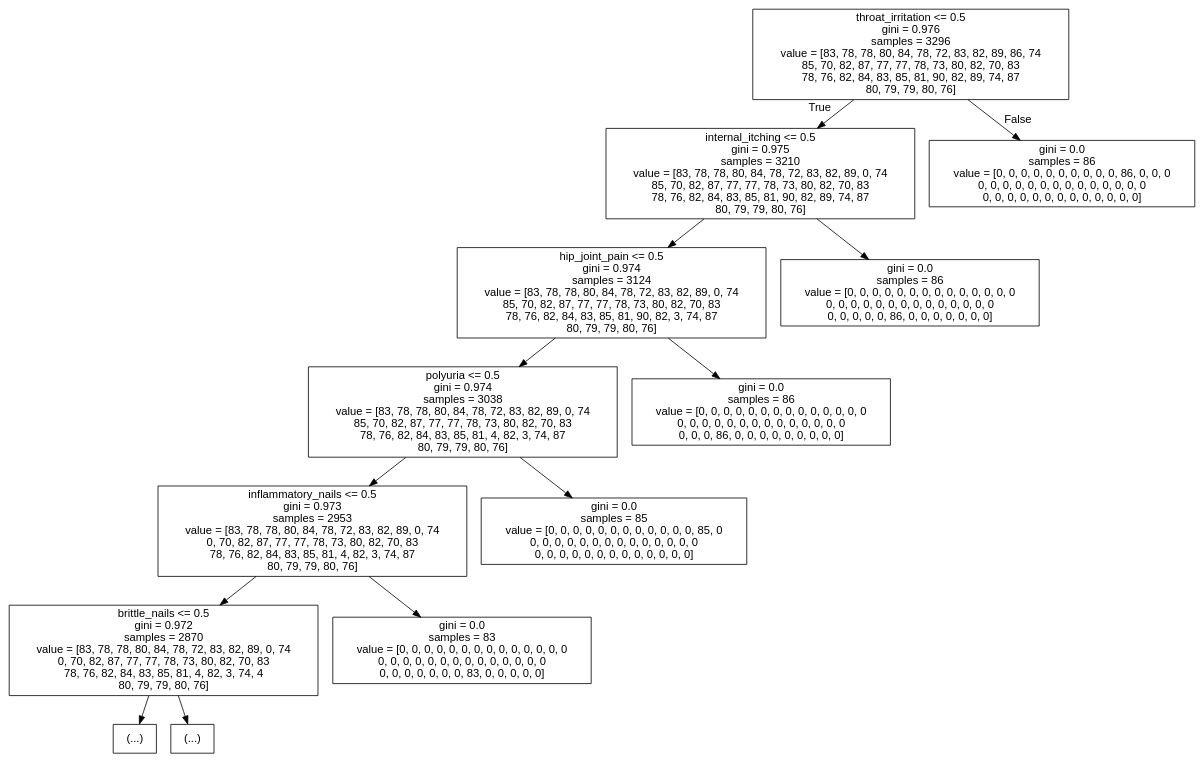
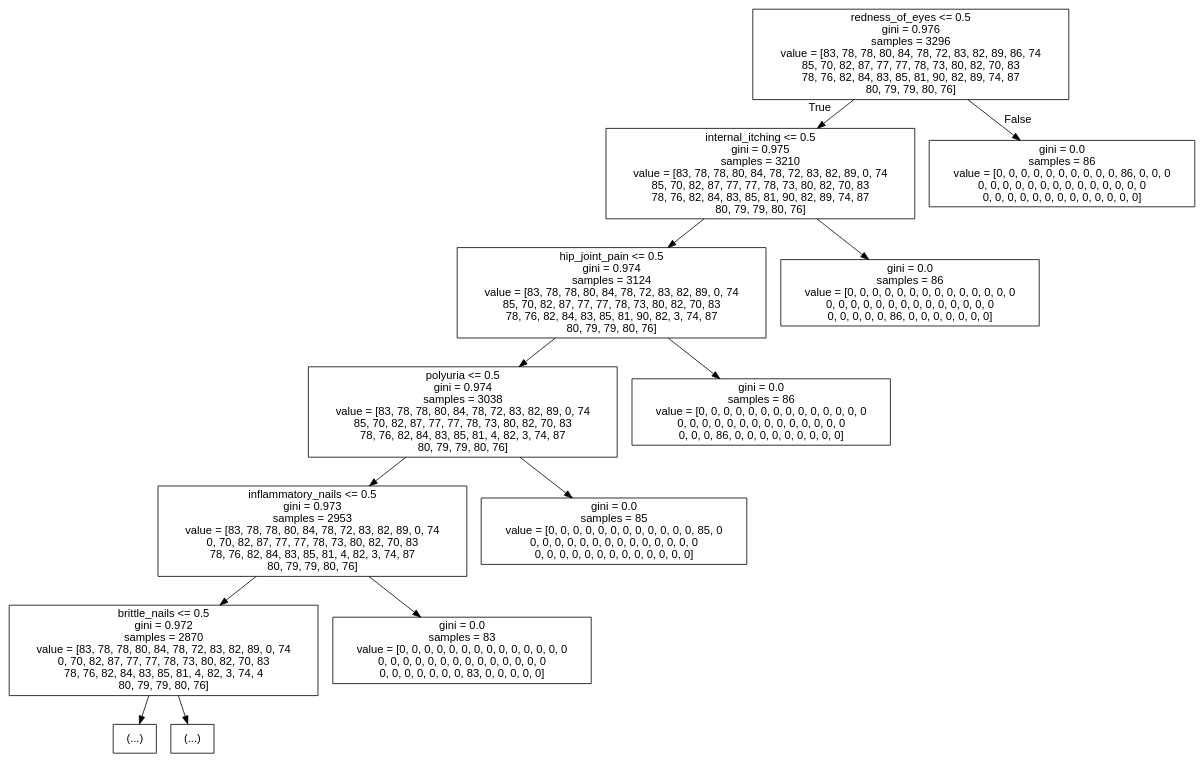
Before and after one commit to techcodebhavesh/TY_ML_CP: the diagram in Disease-Prediction-from-Symptoms-main/tree-top5.dot, drawn with Graphviz. The commit also changed 9 other files, not shown here.

```diff
--- a/Disease-Prediction-from-Symptoms-main/tree-top5.dot
+++ b/Disease-Prediction-from-Symptoms-main/tree-top5.dot
@@ -1,29 +1,29 @@
 digraph Tree {
 node [shape=box, fontname="helvetica"] ;
 edge [fontname="helvetica"] ;
-0 [label="throat_irritation <= 0.5\ngini = 0.976\nsamples = 3296\nvalue = [83, 78, 78, 80, 84, 78, 72, 83, 82, 89, 86, 74\n85, 70, 82, 87, 77, 77, 78, 73, 80, 82, 70, 83\n78, 76, 82, 84, 83, 85, 81, 90, 82, 89, 74, 87\n80, 79, 79, 80, 76]"] ;
+0 [label="redness_of_eyes <= 0.5\ngini = 0.976\nsamples = 3296\nvalue = [83, 78, 78, 80, 84, 78, 72, 83, 82, 89, 86, 74\n85, 70, 82, 87, 77, 77, 78, 73, 80, 82, 70, 83\n78, 76, 82, 84, 83, 85, 81, 90, 82, 89, 74, 87\n80, 79, 79, 80, 76]"] ;
 1 [label="internal_itching <= 0.5\ngini = 0.975\nsamples = 3210\nvalue = [83, 78, 78, 80, 84, 78, 72, 83, 82, 89, 0, 74\n85, 70, 82, 87, 77, 77, 78, 73, 80, 82, 70, 83\n78, 76, 82, 84, 83, 85, 81, 90, 82, 89, 74, 87\n80, 79, 79, 80, 76]"] ;
 0 -> 1 [labeldistance=2.5, labelangle=45, headlabel="True"] ;
 2 [label="hip_joint_pain <= 0.5\ngini = 0.974\nsamples = 3124\nvalue = [83, 78, 78, 80, 84, 78, 72, 83, 82, 89, 0, 74\n85, 70, 82, 87, 77, 77, 78, 73, 80, 82, 70, 83\n78, 76, 82, 84, 83, 85, 81, 90, 82, 3, 74, 87\n80, 79, 79, 80, 76]"] ;
 1 -> 2 ;
 3 [label="polyuria <= 0.5\ngini = 0.974\nsamples = 3038\nvalue = [83, 78, 78, 80, 84, 78, 72, 83, 82, 89, 0, 74\n85, 70, 82, 87, 77, 77, 78, 73, 80, 82, 70, 83\n78, 76, 82, 84, 83, 85, 81, 4, 82, 3, 74, 87\n80, 79, 79, 80, 76]"] ;
 2 -> 3 ;
 4 [label="inflammatory_nails <= 0.5\ngini = 0.973\nsamples = 2953\nvalue = [83, 78, 78, 80, 84, 78, 72, 83, 82, 89, 0, 74\n0, 70, 82, 87, 77, 77, 78, 73, 80, 82, 70, 83\n78, 76, 82, 84, 83, 85, 81, 4, 82, 3, 74, 87\n80, 79, 79, 80, 76]"] ;
 3 -> 4 ;
 5 [label="brittle_nails <= 0.5\ngini = 0.972\nsamples = 2870\nvalue = [83, 78, 78, 80, 84, 78, 72, 83, 82, 89, 0, 74\n0, 70, 82, 87, 77, 77, 78, 73, 80, 82, 70, 83\n78, 76, 82, 84, 83, 85, 81, 4, 82, 3, 74, 4\n80, 79, 79, 80, 76]"] ;
 4 -> 5 ;
 6 [label="(...)"] ;
 5 -> 6 ;
 119 [label="(...)"] ;
 5 -> 119 ;
 120 [label="gini = 0.0\nsamples = 83\nvalue = [0, 0, 0, 0, 0, 0, 0, 0, 0, 0, 0, 0, 0, 0\n0, 0, 0, 0, 0, 0, 0, 0, 0, 0, 0, 0, 0, 0\n0, 0, 0, 0, 0, 0, 0, 83, 0, 0, 0, 0, 0]"] ;
 4 -> 120 ;
 121 [label="gini = 0.0\nsamples = 85\nvalue = [0, 0, 0, 0, 0, 0, 0, 0, 0, 0, 0, 0, 85, 0\n0, 0, 0, 0, 0, 0, 0, 0, 0, 0, 0, 0, 0, 0\n0, 0, 0, 0, 0, 0, 0, 0, 0, 0, 0, 0, 0]"] ;
 3 -> 121 ;
 122 [label="gini = 0.0\nsamples = 86\nvalue = [0, 0, 0, 0, 0, 0, 0, 0, 0, 0, 0, 0, 0, 0\n0, 0, 0, 0, 0, 0, 0, 0, 0, 0, 0, 0, 0, 0\n0, 0, 0, 86, 0, 0, 0, 0, 0, 0, 0, 0, 0]"] ;
 2 -> 122 ;
 123 [label="gini = 0.0\nsamples = 86\nvalue = [0, 0, 0, 0, 0, 0, 0, 0, 0, 0, 0, 0, 0, 0\n0, 0, 0, 0, 0, 0, 0, 0, 0, 0, 0, 0, 0, 0\n0, 0, 0, 0, 0, 86, 0, 0, 0, 0, 0, 0, 0]"] ;
 1 -> 123 ;
 124 [label="gini = 0.0\nsamples = 86\nvalue = [0, 0, 0, 0, 0, 0, 0, 0, 0, 0, 86, 0, 0, 0\n0, 0, 0, 0, 0, 0, 0, 0, 0, 0, 0, 0, 0, 0\n0, 0, 0, 0, 0, 0, 0, 0, 0, 0, 0, 0, 0]"] ;
 0 -> 124 [labeldistance=2.5, labelangle=-45, headlabel="False"] ;
 }
```
